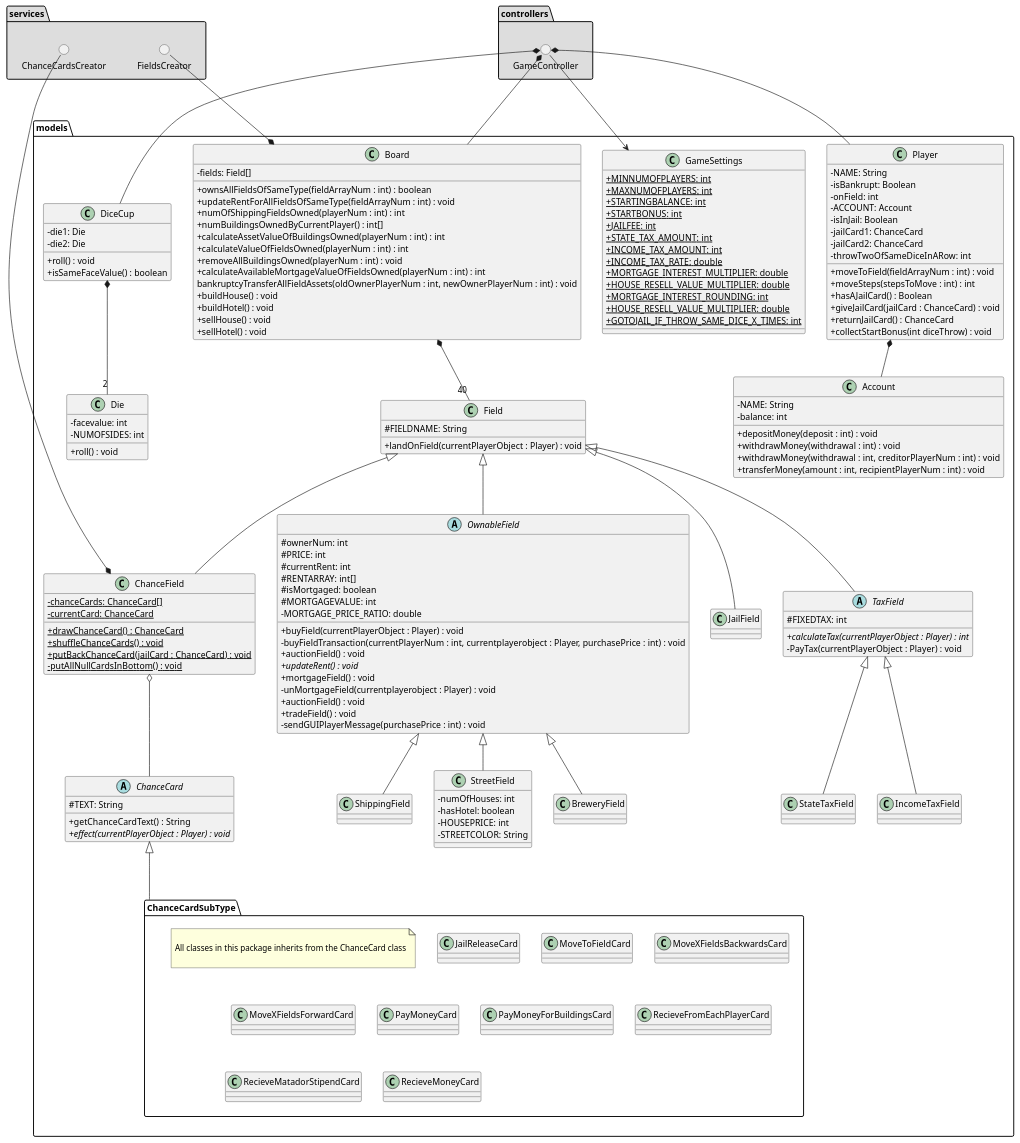
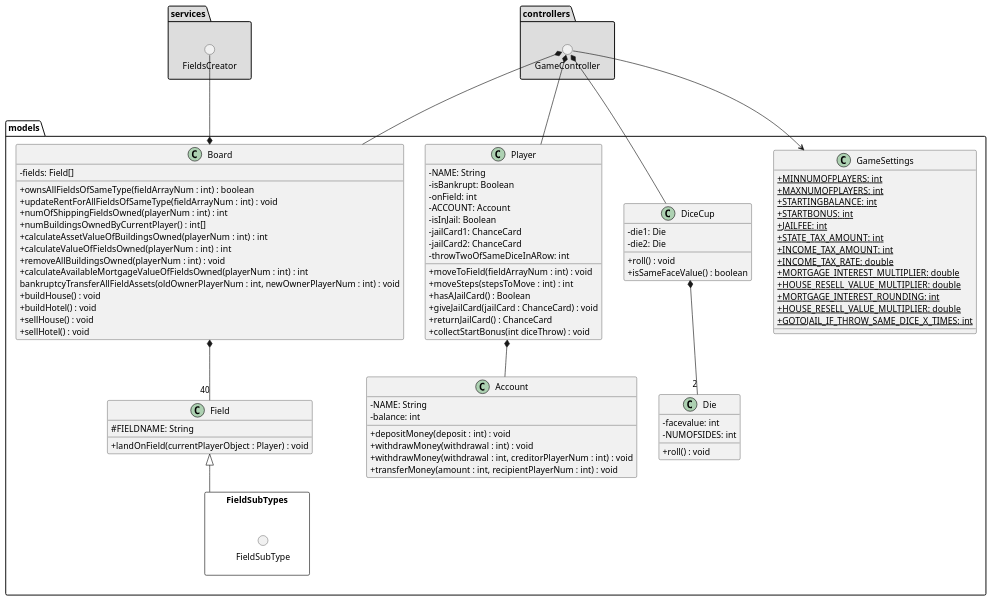
The diagram in 18_final/UML/DesignClassDiagram/Package Models.puml (GabeKierk889/gruppe-18), drawn with PlantUML before and after one commit. The commit also changed 1 other file, not shown here.

Commit message:
created Chance card sub types diagram and updated models diagram

```diff
--- a/18_final/UML/DesignClassDiagram/Package Models.puml
+++ b/18_final/UML/DesignClassDiagram/Package Models.puml
@@ -6,7 +6,6 @@
 
 package  services #DDDDDD {
 () FieldsCreator
-() ChanceCardsCreator
 }
 
 package  controllers #DDDDDD {
@@ -48,20 +47,6 @@
     +buildHotel() : void
     +sellHouse() : void
     +sellHotel() : void
-}
-class ChanceField {
-    {static}-chanceCards: ChanceCard[]
-    {static}-currentCard: ChanceCard
-
-    {static}+drawChanceCard() : ChanceCard
-    {static}+shuffleChanceCards() : void
-    {static}+putBackChanceCard(jailCard : ChanceCard) : void
-    {static}-putAllNullCardsInBottom() : void
-}
-abstract class ChanceCard {
-#TEXT: String
-+getChanceCardText() : String
-{abstract}+effect(currentPlayerObject : Player) : void
 }
 
 class Player {
@@ -114,80 +99,9 @@
     +roll() : void
 }
 
-package ChanceCardSubType {
+package FieldSubTypes <<Rectangle>> {
 
-note as note
-
-All classes in this package inherits from the ChanceCard class
-
-end note
-
-class JailReleaseCard
-class MoveToFieldCard
-class MoveXFieldsBackwardsCard
-class MoveXFieldsForwardCard
-class PayMoneyCard
-class PayMoneyForBuildingsCard
-class RecieveFromEachPlayerCard
-class RecieveMatadorStipendCard
-class RecieveMoneyCard
-
-}
-
-
-abstract class OwnableField {
-        #ownerNum: int
-        #PRICE: int
-        #currentRent: int
-        #RENTARRAY: int[]
-        #isMortgaged: boolean
-        #MORTGAGEVALUE: int
-        -MORTGAGE_PRICE_RATIO: double
-
-        +buyField(currentPlayerObject : Player) : void
-        -buyFieldTransaction(currentPlayerNum : int, currentplayerobject : Player, purchasePrice : int) : void
-        +auctionField() : void
-        {abstract}+updateRent() : void
-        +mortgageField() : void
-        -unMortgageField(currentplayerobject : Player) : void
-        +auctionField() : void
-        +tradeField() : void
-        -sendGUIPlayerMessage(purchasePrice : int) : void
-}
-
-class StreetField {
-    -numOfHouses: int
-    -hasHotel: boolean
-    -HOUSEPRICE: int
-    -STREETCOLOR: String
-
-}
-
-class BreweryField {
-
-}
-
-class ShippingField {
-
-}
-
-
-class JailField {
-
-}
-
-abstract class TaxField {
-    #FIXEDTAX: int
-
-    {abstract}+calculateTax(currentPlayerObject : Player) : int
-    -PayTax(currentPlayerObject : Player) : void
-}
-
-class StateTaxField {
-
-}
-
-class IncomeTaxField {
+() FieldSubType
 
 }
 
@@ -195,24 +109,14 @@
 
 
 FieldsCreator ---* Board
-ChanceCardsCreator --* ChanceField
 Board *-- "40" Field
-GameController *--- Board
-ChanceField o-- ChanceCard
-ChanceCard <|--- ChanceCardSubType
+GameController *-- Board
 GameController *--- DiceCup
-GameController *--- Player
+GameController *-- Player
 Player *-- Account
 GameController --> GameSettings
-OwnableField <|-- StreetField
-Field <|-- ChanceField
-Field <|-- JailField
-Field <|-- TaxField
-Field <|-- OwnableField
+Field <|-- FieldSubTypes
 DiceCup *-- "2" Die
-OwnableField <|-- BreweryField
-OwnableField <|-- ShippingField
-TaxField <|-- StateTaxField
-TaxField <|-- IncomeTaxField
+
 
 @enduml
```
